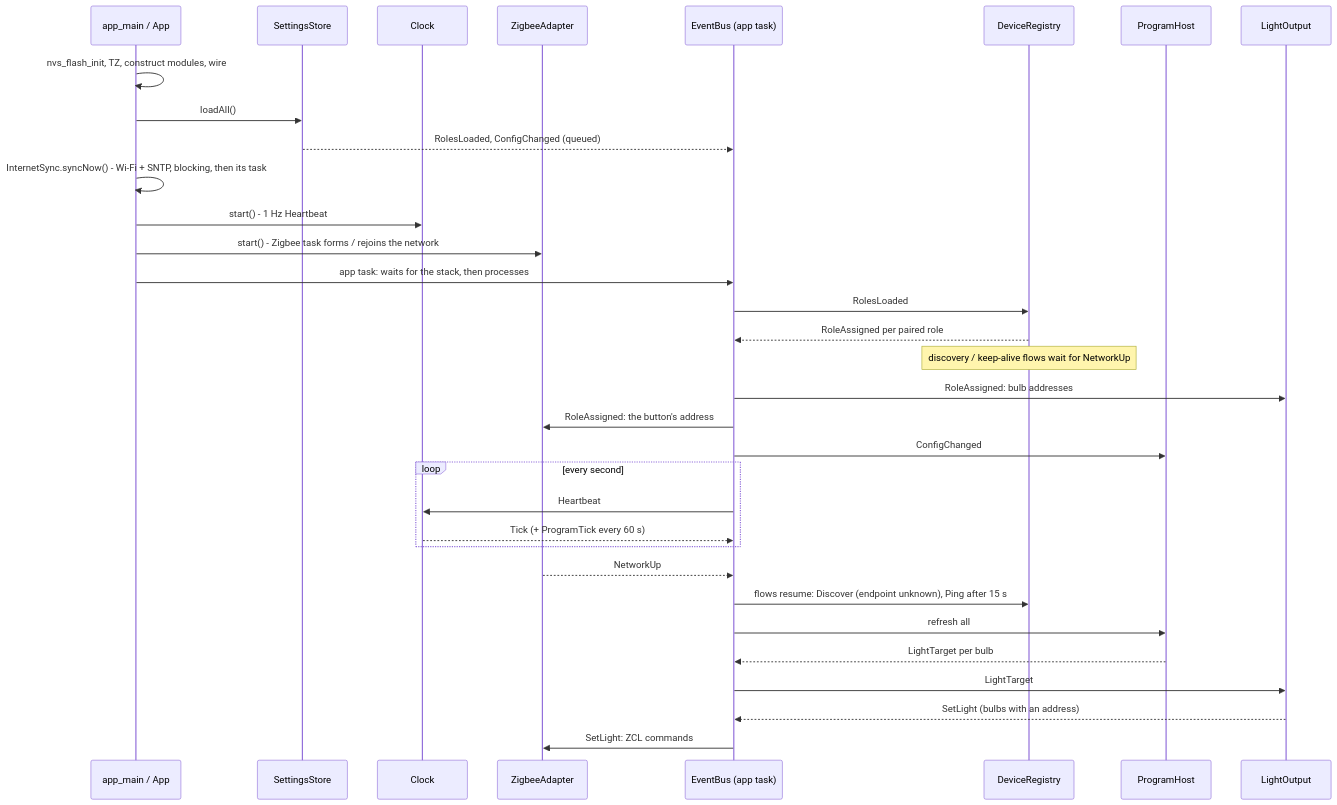
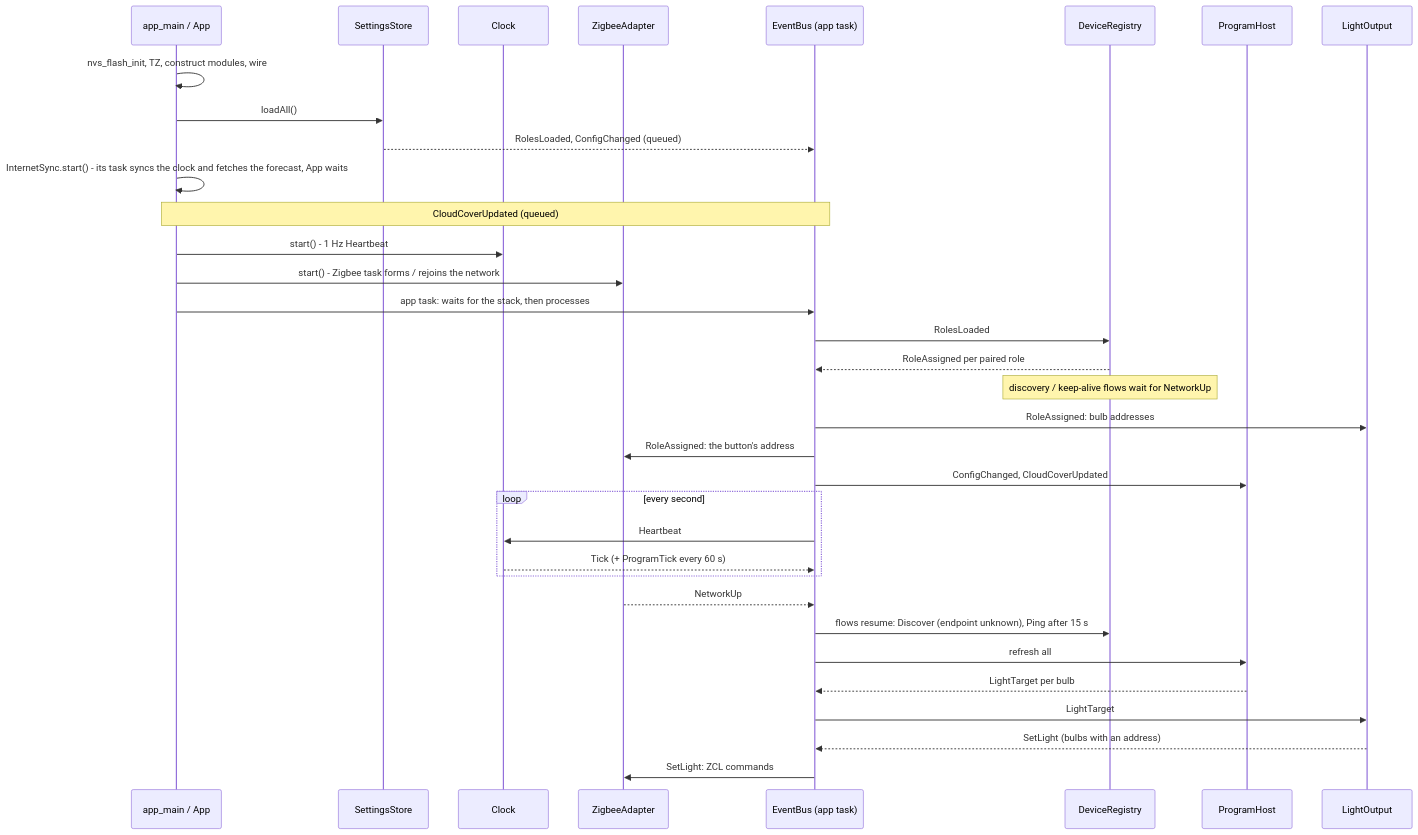
The eighth of 10 diagrams in ARCHITECTURE.md (bjerre/sunsim), drawn with Mermaid before and after one commit. The commit also changed other lines of this file and 22 other files, not shown here.

````diff
--- a/ARCHITECTURE.md
+++ b/ARCHITECTURE.md
@@ -599,36 +637,37 @@
 ```mermaid
 sequenceDiagram
     participant M as app_main / App
     participant ST as SettingsStore
     participant CK as Clock
     participant ZA as ZigbeeAdapter
     participant Q as EventBus (app task)
     participant DR as DeviceRegistry
     participant PH as ProgramHost
     participant LO as LightOutput
 
     M->>M: nvs_flash_init, TZ, construct modules, wire
     M->>ST: loadAll()
     ST-->>Q: RolesLoaded, ConfigChanged (queued)
-    M->>M: InternetSync.syncNow() - Wi-Fi + SNTP, blocking, then its task
+    M->>M: InternetSync.start() - its task syncs the clock and fetches the forecast, App waits
+    Note over M,Q: CloudCoverUpdated (queued)
     M->>CK: start() - 1 Hz Heartbeat
     M->>ZA: start() - Zigbee task forms / rejoins the network
     M->>Q: app task: waits for the stack, then processes
     Q->>DR: RolesLoaded
     DR-->>Q: RoleAssigned per paired role
     Note over DR: discovery / keep-alive flows wait for NetworkUp
     Q->>LO: RoleAssigned: bulb addresses
     Q->>ZA: RoleAssigned: the button's address
-    Q->>PH: ConfigChanged
+    Q->>PH: ConfigChanged, CloudCoverUpdated
     loop every second
         Q->>CK: Heartbeat
         CK-->>Q: Tick (+ ProgramTick every 60 s)
     end
     ZA-->>Q: NetworkUp
     Q->>DR: flows resume: Discover (endpoint unknown), Ping after 15 s
     Q->>PH: refresh all
     PH-->>Q: LightTarget per bulb
     Q->>LO: LightTarget
     LO-->>Q: SetLight (bulbs with an address)
     Q->>ZA: SetLight: ZCL commands
 ```
````
